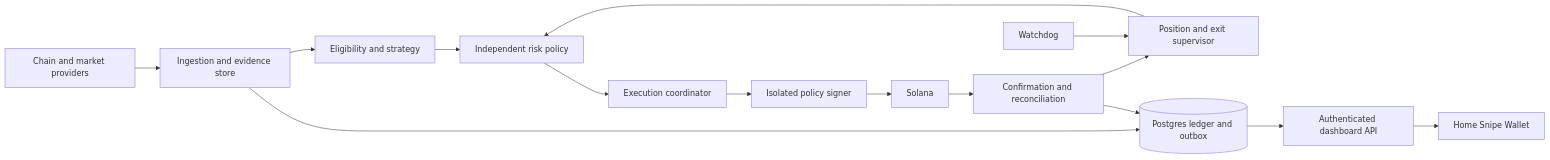
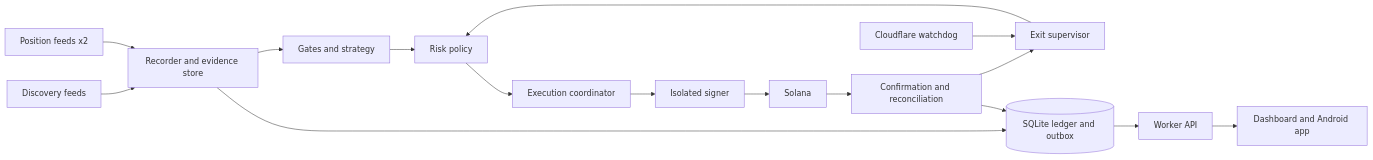
One commit to macdarenz-droid/Meme-snipe changed the diagram in docs/ARCHITECTURE.md. Above: the diagram before and after it, drawn with Mermaid. The commit also changed other lines of this file and 2 other files, not shown here.

First line of the commit message:
DOCS-1: architecture rewritten from research; add RESEARCH and DECISIONS

````diff
--- a/docs/ARCHITECTURE.md
+++ b/docs/ARCHITECTURE.md
@@ -153,17 +279,18 @@
 ```mermaid
 flowchart LR
-  A[Chain and market providers] --> B[Ingestion and evidence store]
-  B --> C[Eligibility and strategy]
-  C --> D[Independent risk policy]
+  A[Discovery feeds] --> B[Recorder and evidence store]
+  P[Position feeds x2] --> B
+  B --> C[Gates and strategy]
+  C --> D[Risk policy]
   D --> E[Execution coordinator]
-  E --> F[Isolated policy signer]
+  E --> F[Isolated signer]
   F --> G[Solana]
   G --> H[Confirmation and reconciliation]
-  H --> I[Position and exit supervisor]
+  H --> I[Exit supervisor]
   I --> D
-  B --> J[(Postgres ledger and outbox)]
+  B --> J[(SQLite ledger and outbox)]
   H --> J
-  J --> K[Authenticated dashboard API]
-  K --> L[Home Snipe Wallet]
-  M[Watchdog] --> I
+  J --> K[Worker API]
+  K --> L[Dashboard and Android app]
+  M[Cloudflare watchdog] --> I
 ```
````
